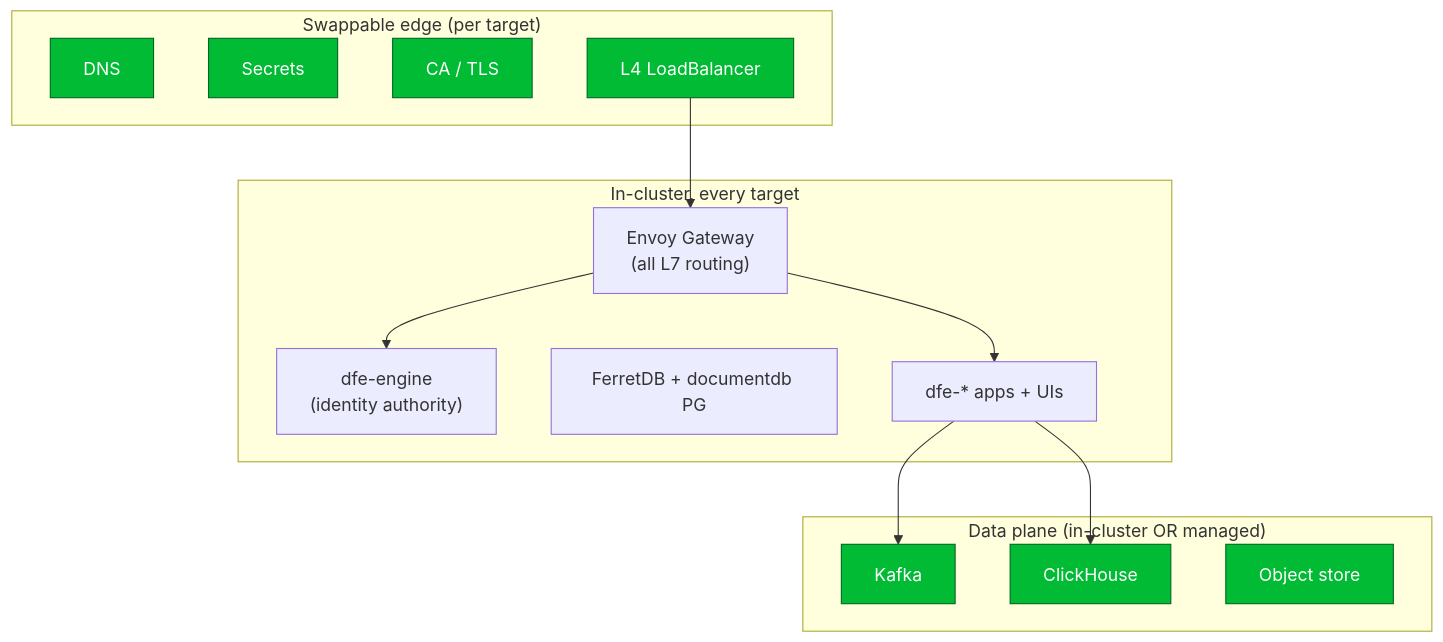
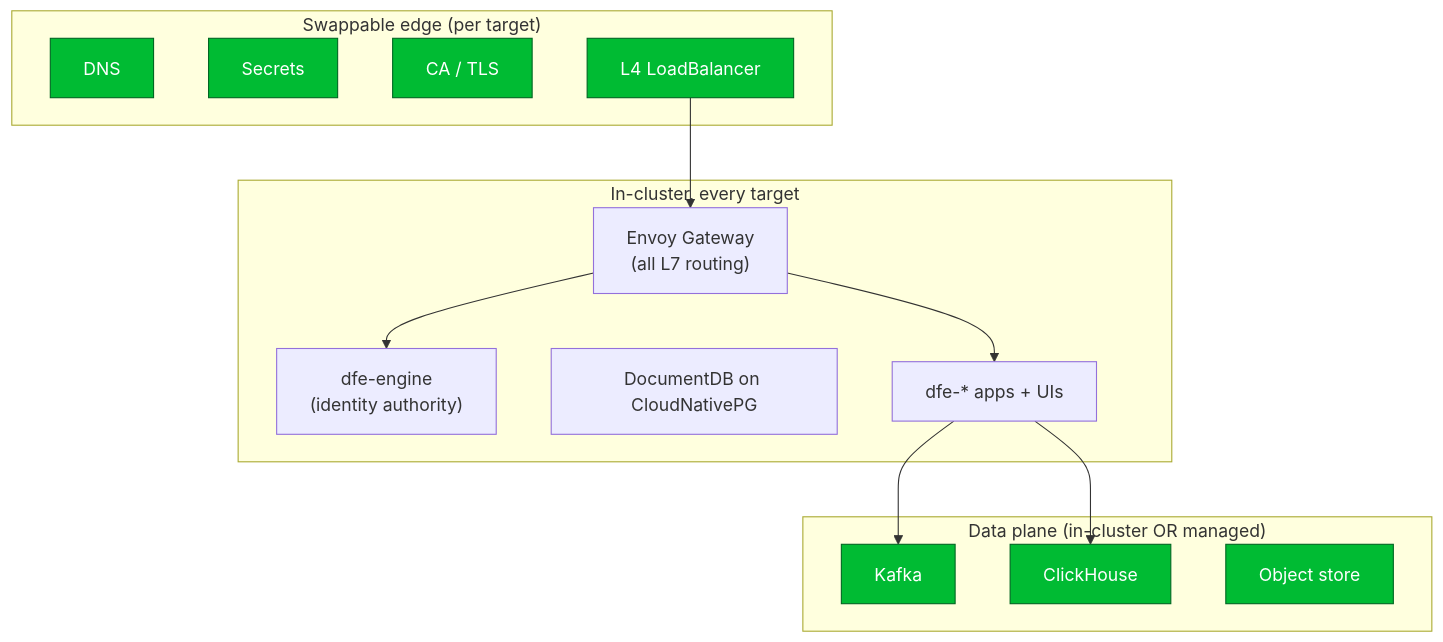
The diagram in docs/deployment/portability-matrix.md (hyperi-io/dfe-infra), drawn with Mermaid before and after one commit. The commit also changed other lines of this file and 91 other files, not shown here.

First line of the commit message:
fix: replace FerretDB with the DocumentDB operator (#831)

````diff
--- a/docs/deployment/portability-matrix.md
+++ b/docs/deployment/portability-matrix.md
@@ -17,25 +17,25 @@
 ```mermaid
 flowchart TB
     subgraph edge["Swappable edge (per target)"]
         DNS[DNS]:::seam
         SEC[Secrets]:::seam
         CA[CA / TLS]:::seam
         LB[L4 LoadBalancer]:::seam
     end
     subgraph core["In-cluster, every target"]
         GW["Envoy Gateway<br/>(all L7 routing)"]
         ENG["dfe-engine<br/>(identity authority)"]
-        FDB["FerretDB + documentdb PG"]
+        FDB["DocumentDB on CloudNativePG"]
         APPS["dfe-* apps + UIs"]
     end
     subgraph data["Data plane (in-cluster OR managed)"]
         KAF[Kafka]:::seam
         CH[ClickHouse]:::seam
         OBJ[Object store]:::seam
     end
     LB --> GW --> APPS
     GW --> ENG
     APPS --> KAF
     APPS --> CH
     classDef seam fill:#0b3,stroke:#062,color:#fff;
 ```
````
